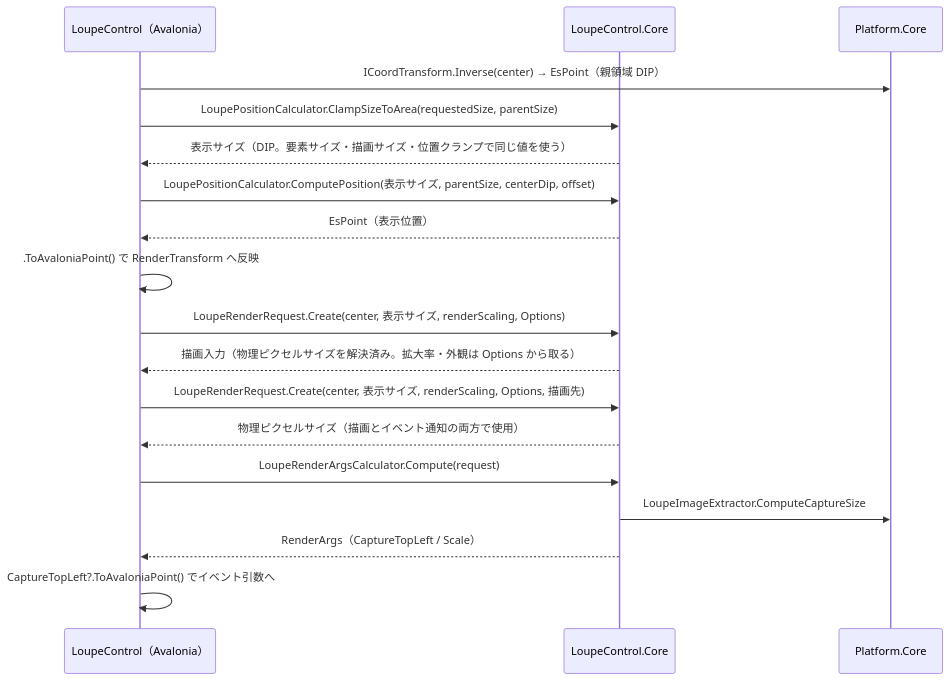
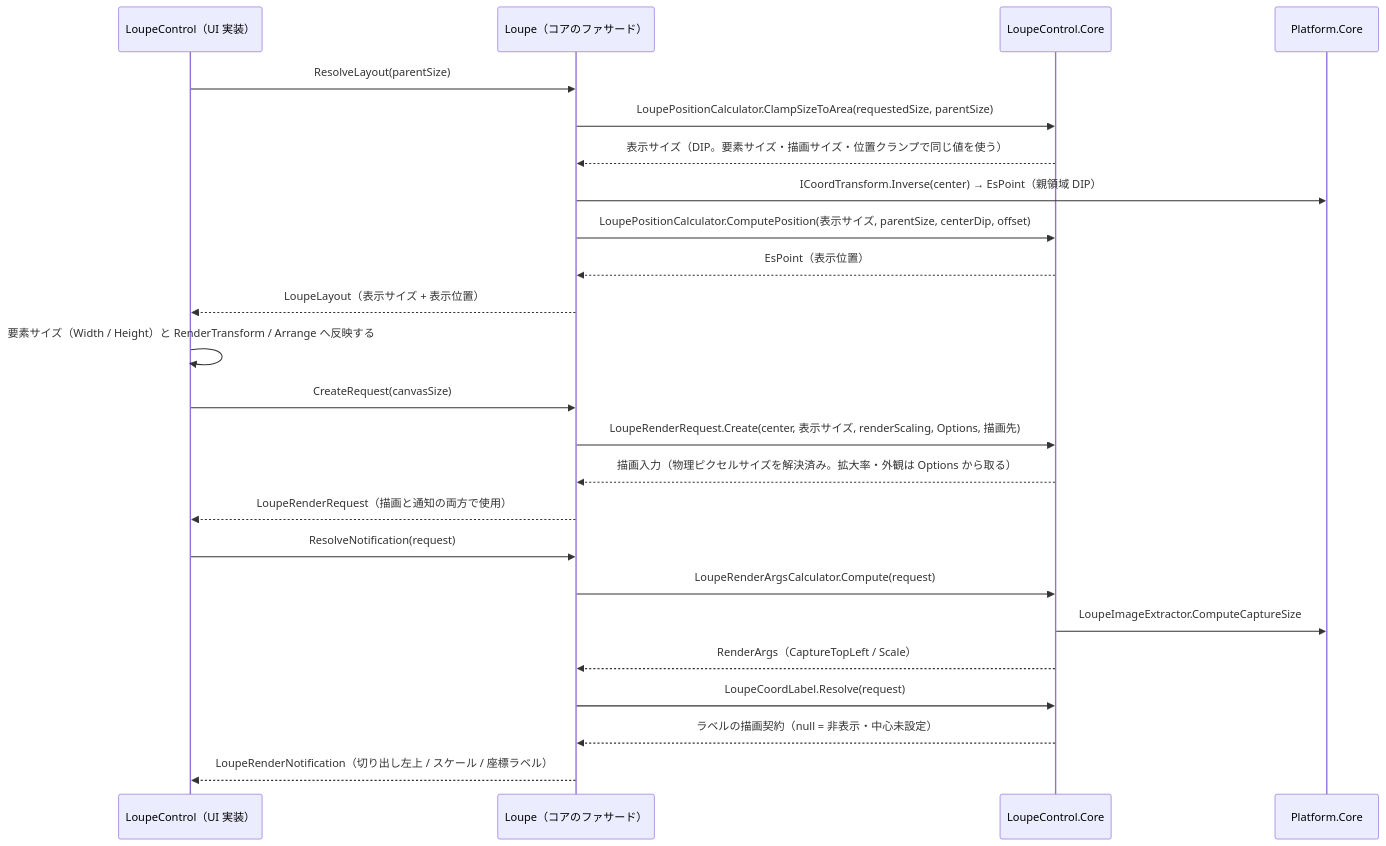
Before and after one commit to tomokuni/SaveEvidence: the second of 2 diagrams in src/LoupeControl.Core/SPEC_System.md, drawn with Mermaid. The commit also changed other lines of this file and 201 other files, not shown here.

````diff
--- a/src/LoupeControl.Core/SPEC_System.md
+++ b/src/LoupeControl.Core/SPEC_System.md
@@ -47,22 +52,29 @@
 ```mermaid
 sequenceDiagram
-  participant UI as LoupeControl（Avalonia）
+  participant UI as LoupeControl（UI 実装）
+  participant Fac as Loupe（コアのファサード）
   participant Core as LoupeControl.Core
   participant PC as Platform.Core
 
-  UI->>PC: ICoordTransform.Inverse(center) → EsPoint（親領域 DIP）
-  UI->>Core: LoupePositionCalculator.ClampSizeToArea(requestedSize, parentSize)
-  Core-->>UI: 表示サイズ（DIP。要素サイズ・描画サイズ・位置クランプで同じ値を使う）
-  UI->>Core: LoupePositionCalculator.ComputePosition(表示サイズ, parentSize, centerDip, offset)
-  Core-->>UI: EsPoint（表示位置）
-  UI->>UI: .ToAvaloniaPoint() で RenderTransform へ反映
+  UI->>Fac: ResolveLayout(parentSize)
+  Fac->>Core: LoupePositionCalculator.ClampSizeToArea(requestedSize, parentSize)
+  Core-->>Fac: 表示サイズ（DIP。要素サイズ・描画サイズ・位置クランプで同じ値を使う）
+  Fac->>PC: ICoordTransform.Inverse(center) → EsPoint（親領域 DIP）
+  Fac->>Core: LoupePositionCalculator.ComputePosition(表示サイズ, parentSize, centerDip, offset)
+  Core-->>Fac: EsPoint（表示位置）
+  Fac-->>UI: LoupeLayout（表示サイズ + 表示位置）
+  UI->>UI: 要素サイズ（Width / Height）と RenderTransform / Arrange へ反映する
 
-  UI->>Core: LoupeRenderRequest.Create(center, 表示サイズ, renderScaling, Options)
-  Core-->>UI: 描画入力（物理ピクセルサイズを解決済み。拡大率・外観は Options から取る）
-  UI->>Core: LoupeRenderRequest.Create(center, 表示サイズ, renderScaling, Options, 描画先)
-  Core-->>UI: 物理ピクセルサイズ（描画とイベント通知の両方で使用）
-  UI->>Core: LoupeRenderArgsCalculator.Compute(request)
+  UI->>Fac: CreateRequest(canvasSize)
+  Fac->>Core: LoupeRenderRequest.Create(center, 表示サイズ, renderScaling, Options, 描画先)
+  Core-->>Fac: 描画入力（物理ピクセルサイズを解決済み。拡大率・外観は Options から取る）
+  Fac-->>UI: LoupeRenderRequest（描画と通知の両方で使用）
+
+  UI->>Fac: ResolveNotification(request)
+  Fac->>Core: LoupeRenderArgsCalculator.Compute(request)
   Core->>PC: LoupeImageExtractor.ComputeCaptureSize
-  Core-->>UI: RenderArgs（CaptureTopLeft / Scale）
-  UI->>UI: CaptureTopLeft?.ToAvaloniaPoint() でイベント引数へ
+  Core-->>Fac: RenderArgs（CaptureTopLeft / Scale）
+  Fac->>Core: LoupeCoordLabel.Resolve(request)
+  Core-->>Fac: ラベルの描画契約（null = 非表示・中心未設定）
+  Fac-->>UI: LoupeRenderNotification（切り出し左上 / スケール / 座標ラベル）
 ```
````
